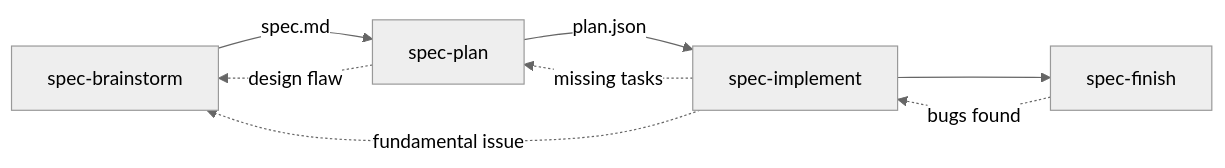
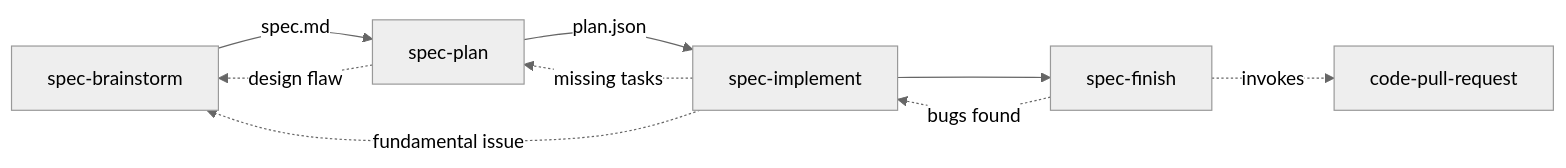
One commit to martinffx/atelier changed the diagram in README.md. Above: the diagram before and after it, drawn with Mermaid (neutral theme). The commit also changed other lines of this file and 6 other files, not shown here.

First line of the commit message:
fix(code-pull-request): resolve code-review findings

````diff
--- a/README.md
+++ b/README.md
@@ -229,11 +229,12 @@
 ```mermaid
 graph LR
     A[spec-brainstorm] -->|spec.md| B[spec-plan]
     B -->|plan.json| C[spec-implement]
     C --> D[spec-finish]
+    D -.->|invokes| E[code-pull-request]
     
     B -.->|design flaw| A
     C -.->|missing tasks| B
     C -.->|fundamental issue| A
     D -.->|bugs found| C
 ```
````
